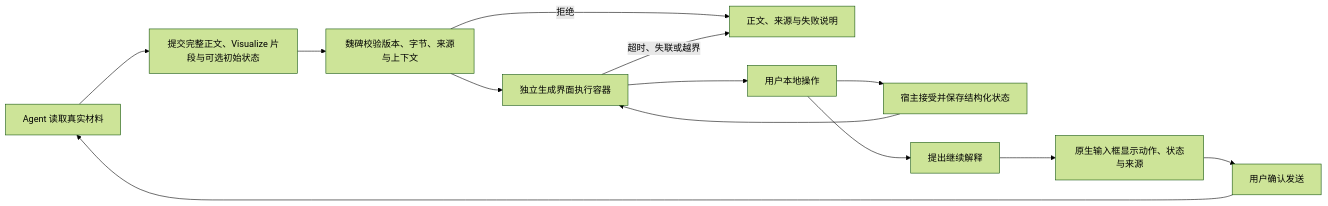
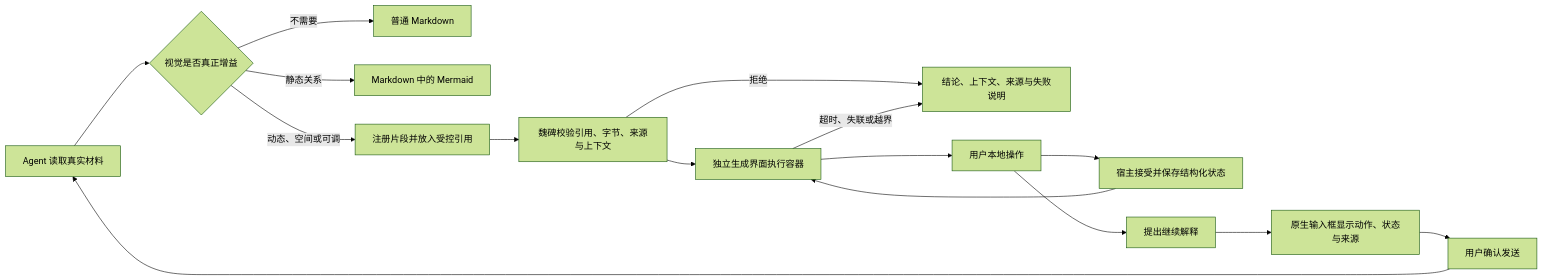
The first of 2 diagrams in Docs/生成式界面基础与Visualize借鉴.md (WroughtMind/weibei), drawn with Mermaid (forest theme) before and after one commit. The commit also changed other lines of this file and 2 other files, not shown here.

Commit message:
采用 Visualize 的 Mermaid 分流

````diff
--- a/Docs/生成式界面基础与Visualize借鉴.md
+++ b/Docs/生成式界面基础与Visualize借鉴.md
@@ -29,15 +30,18 @@
 ```mermaid
 flowchart LR
-    A["Agent 读取真实材料"] --> B["提交完整正文、Visualize 片段与可选初始状态"]
-    B --> C["魏碑校验版本、字节、来源与上下文"]
-    C --> D["独立生成界面执行容器"]
-    C -- "拒绝" --> X["正文、来源与失败说明"]
+    A["Agent 读取真实材料"] --> B{"视觉是否真正增益"}
+    B -- "不需要" --> T["普通 Markdown"]
+    B -- "静态关系" --> M["Markdown 中的 Mermaid"]
+    B -- "动态、空间或可调" --> C["注册片段并放入受控引用"]
+    C --> V["魏碑校验引用、字节、来源与上下文"]
+    V --> D["独立生成界面执行容器"]
+    V -- "拒绝" --> X["结论、上下文、来源与失败说明"]
     D --> E["用户本地操作"]
     E --> F["宿主接受并保存结构化状态"]
     F --> D
     E --> G["提出继续解释"]
     G --> H["原生输入框显示动作、状态与来源"]
     H --> I["用户确认发送"]
     I --> A
     D -- "超时、失联或越界" --> X
 ```
````
